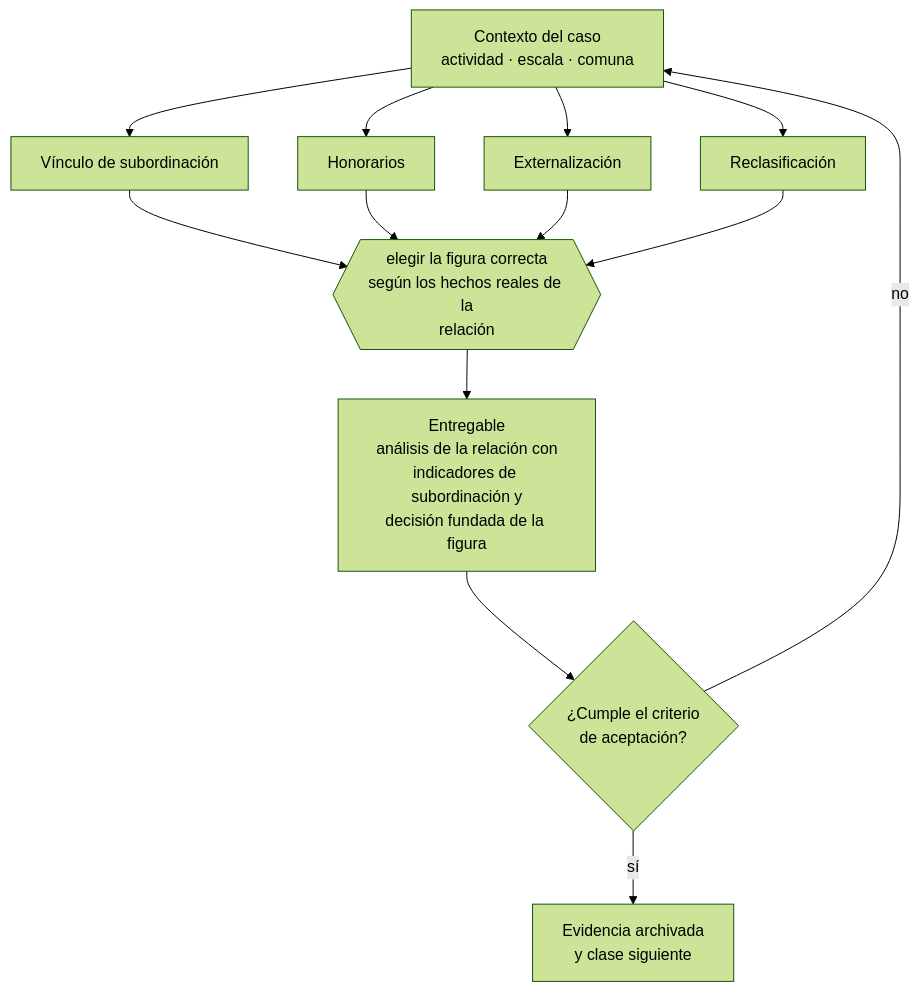
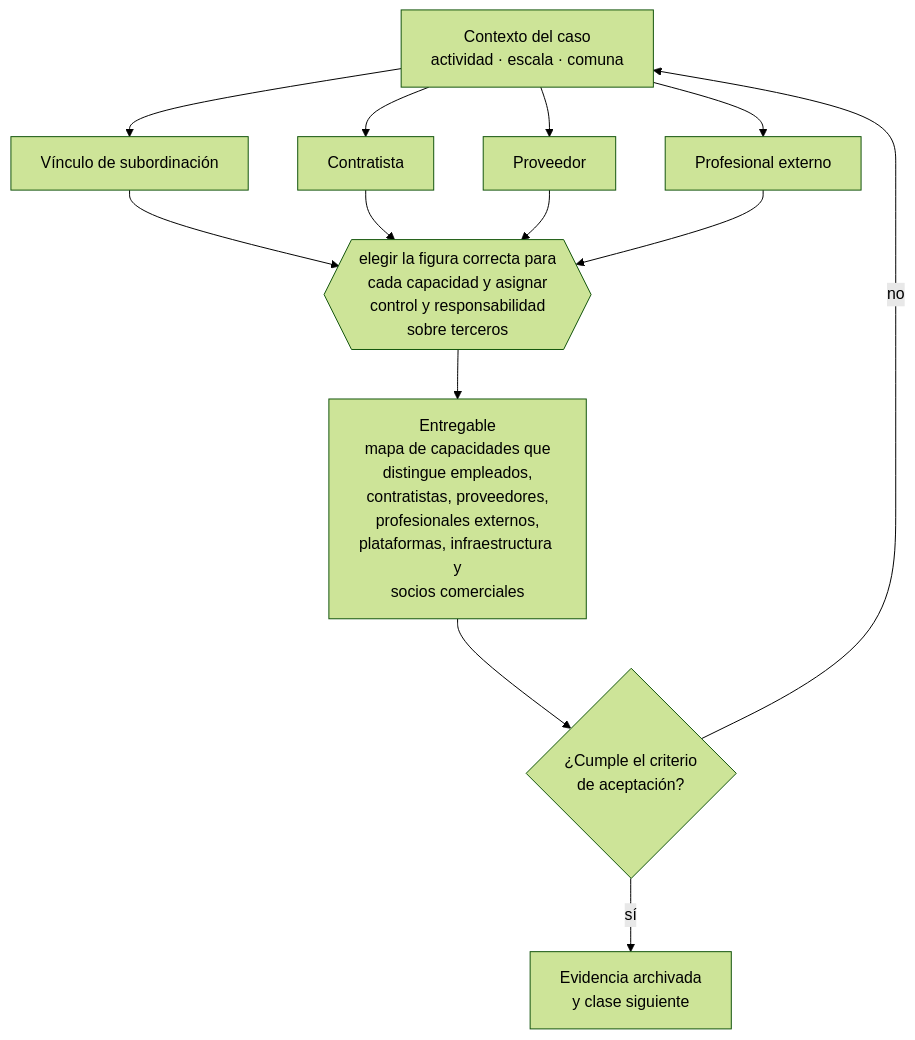
One commit to vladimiracunadev-create/modern-business-creation-program changed the diagram in curriculum/part-12-personas-relaciones-laborales-y-seguridad-y-salud/class-01-cuando-contratar-versus-externalizar/README.md. Above: the diagram before and after it, drawn with Mermaid (forest theme). The commit also changed other lines of this file and 33 other files, not shown here.

````diff
--- a/curriculum/part-12-personas-relaciones-laborales-y-seguridad-y-salud/class-01-cuando-contratar-versus-externalizar/README.md
+++ b/curriculum/part-12-personas-relaciones-laborales-y-seguridad-y-salud/class-01-cuando-contratar-versus-externalizar/README.md
@@ -34,13 +34,13 @@
 ```mermaid
 flowchart TB
     C["Contexto del caso<br/>actividad · escala · comuna"]
     C --> A1["Vínculo de subordinación"]
-    C --> A2["Honorarios"]
-    C --> A3["Externalización"]
-    C --> A4["Reclasificación"]
-    A1 & A2 & A3 & A4 --> D{{"elegir la figura correcta<br/>según los hechos reales de la<br/>relación"}}
-    D --> E["Entregable<br/>análisis de la relación con<br/>indicadores de subordinación y<br/>decisión fundada de la figura"]
+    C --> A2["Contratista"]
+    C --> A3["Proveedor"]
+    C --> A4["Profesional externo"]
+    A1 & A2 & A3 & A4 --> D{{"elegir la figura correcta para<br/>cada capacidad y asignar<br/>control y responsabilidad<br/>sobre terceros"}}
+    D --> E["Entregable<br/>mapa de capacidades que<br/>distingue empleados,<br/>contratistas, proveedores,<br/>profesionales externos,<br/>plataformas, infraestructura y<br/>socios comerciales"]
     E --> V{"¿Cumple el criterio<br/>de aceptación?"}
     V -->|sí| S["Evidencia archivada<br/>y clase siguiente"]
     V -->|no| C
 ```
````
